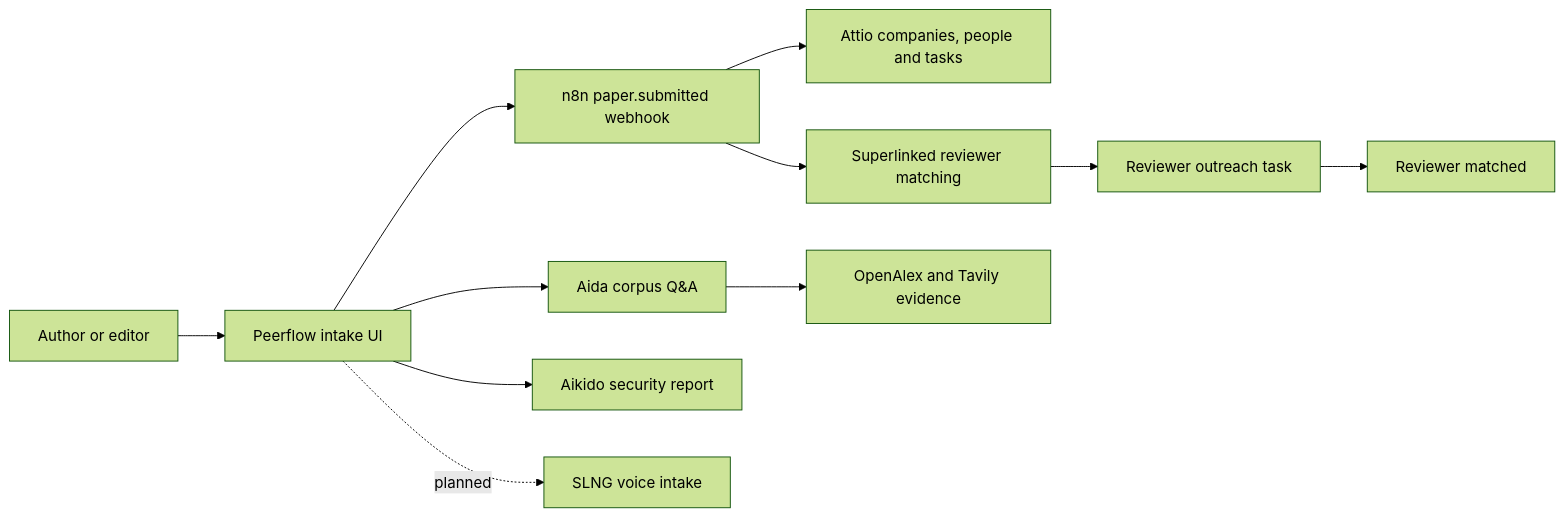
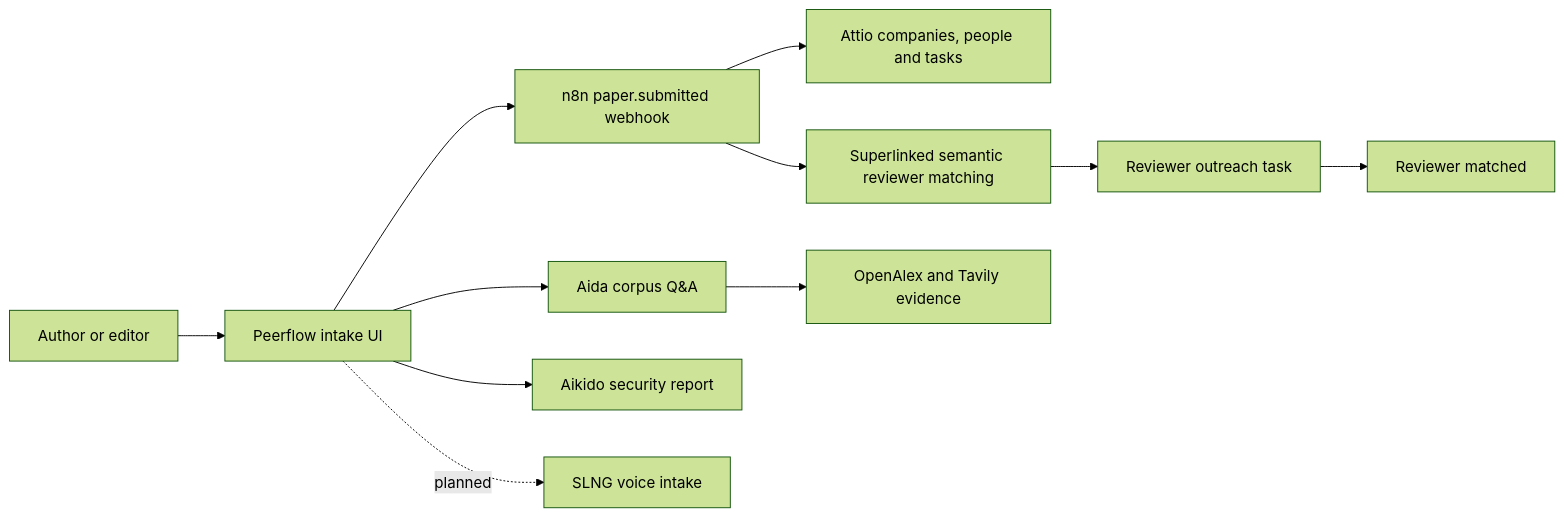
Before and after one commit to MasteraSnackin/Peerflow: the diagram in SPONSOR_USAGE.md, drawn with Mermaid (forest theme). The commit also changed other lines of this file and 10 other files, not shown here.

Commit message:
Clarify Superlinked semantic matching proof

````diff
--- a/SPONSOR_USAGE.md
+++ b/SPONSOR_USAGE.md
@@ -21,13 +21,13 @@
 ```mermaid
 flowchart LR
   Author[Author or editor] --> Peerflow[Peerflow intake UI]
   Peerflow --> Aida[Aida corpus Q&A]
   Peerflow --> N8N[n8n paper.submitted webhook]
   N8N --> Attio[Attio companies, people and tasks]
-  N8N --> Match[Superlinked reviewer matching]
+  N8N --> Match[Superlinked semantic reviewer matching]
   Match --> Outreach[Reviewer outreach task]
   Outreach --> Stage[Reviewer matched]
   Aida --> OpenSources[OpenAlex and Tavily evidence]
   Peerflow --> Aikido[Aikido security report]
   Peerflow -. planned .-> SLNG[SLNG voice intake]
 ```
````
